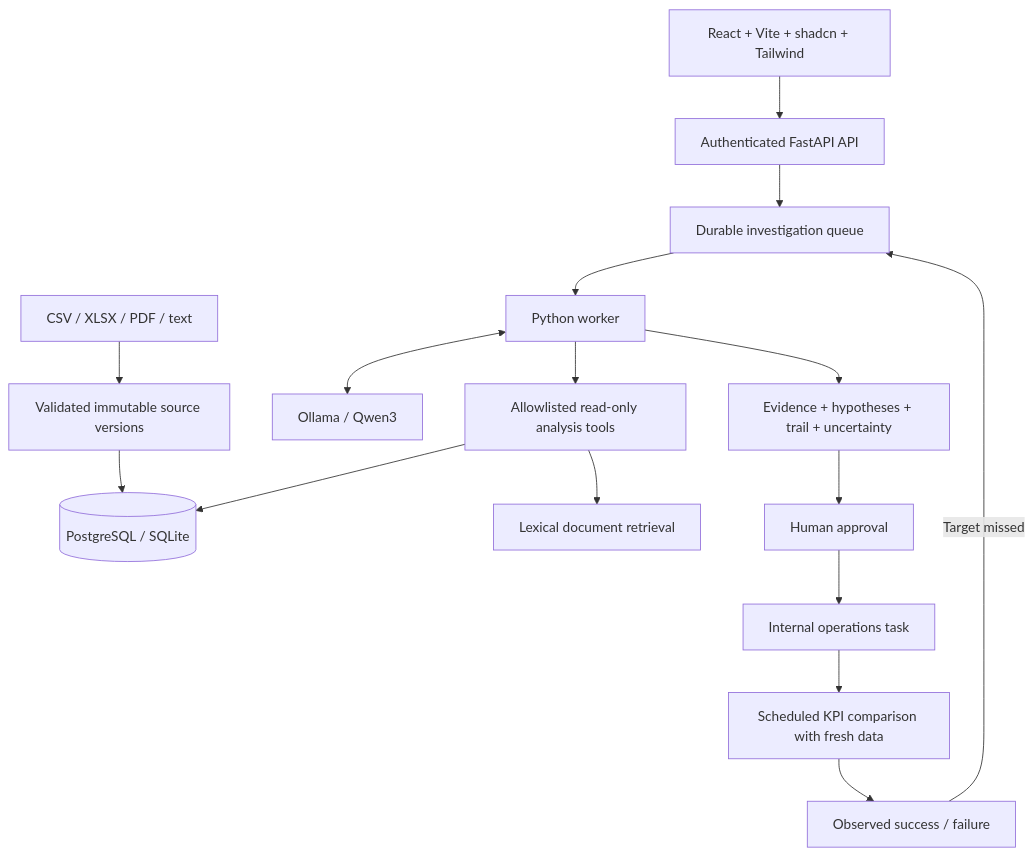
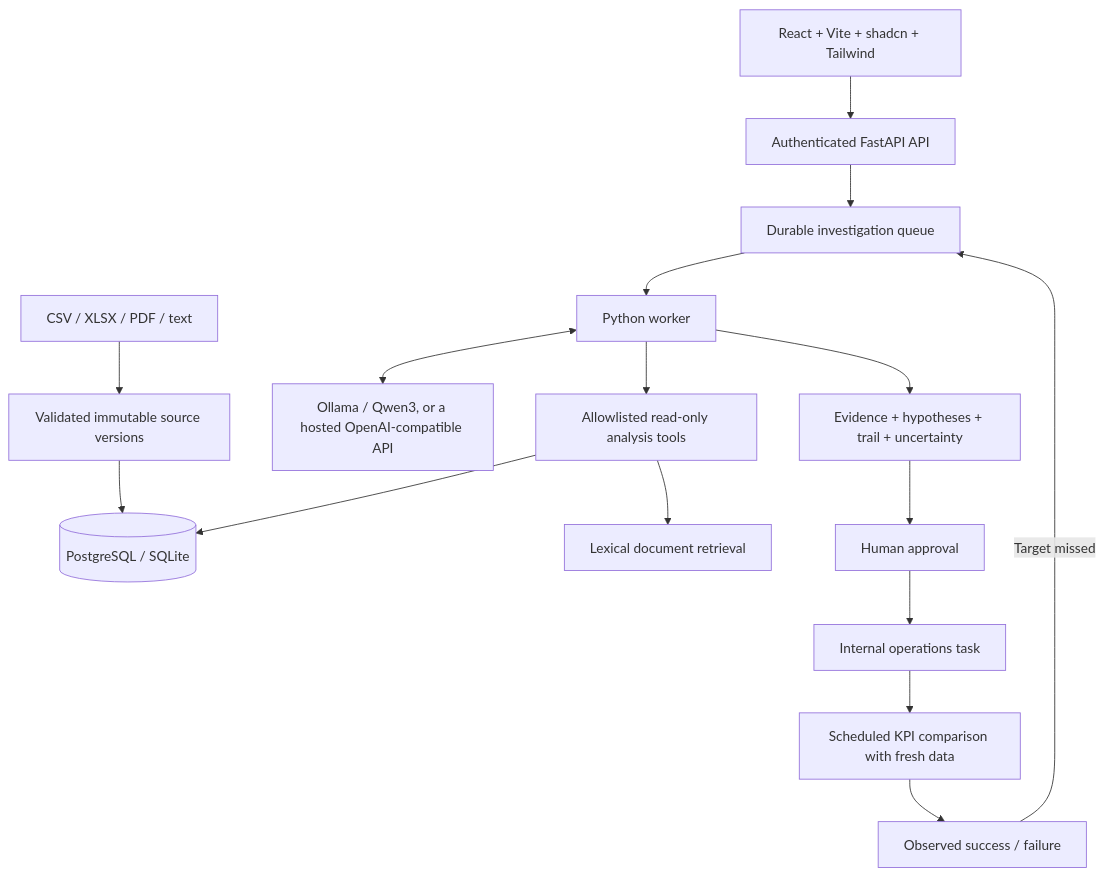
One commit to sanket-business-ai/sanket-ai changed the diagram in docs/architecture.md. Above: the diagram before and after it, drawn with Mermaid. The commit also changed other lines of this file and 13 other files, not shown here.

First line of the commit message:
feat: support hosted OpenAI-compatible models

````diff
--- a/docs/architecture.md
+++ b/docs/architecture.md
@@ -5,18 +5,18 @@
 ```mermaid
 flowchart TD
     Files[CSV / XLSX / PDF / text] --> Validation[Validated immutable source versions]
     Validation --> DB[(PostgreSQL / SQLite)]
     UI[React + Vite + shadcn + Tailwind] --> API[Authenticated FastAPI API]
     API --> Queue[Durable investigation queue]
     Queue --> Worker[Python worker]
-    Worker <--> LLM[Ollama / Qwen3]
+    Worker <--> LLM[Ollama / Qwen3, or a hosted OpenAI-compatible API]
     Worker --> Tools[Allowlisted read-only analysis tools]
     Tools --> DB
     Tools --> Retrieval[Lexical document retrieval]
     Worker --> Report[Evidence + hypotheses + trail + uncertainty]
     Report --> Approval[Human approval]
     Approval --> Task[Internal operations task]
     Task --> Monitor[Scheduled KPI comparison with fresh data]
     Monitor --> Result[Observed success / failure]
     Result -->|Target missed| Queue
 ```
````
